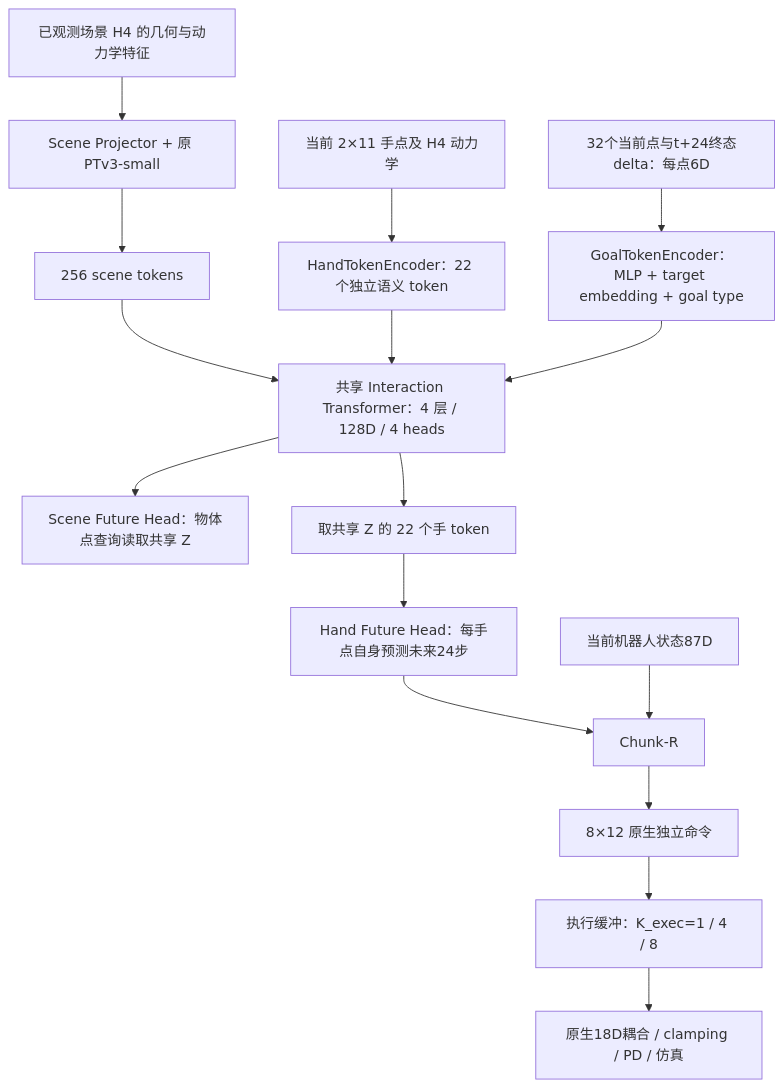
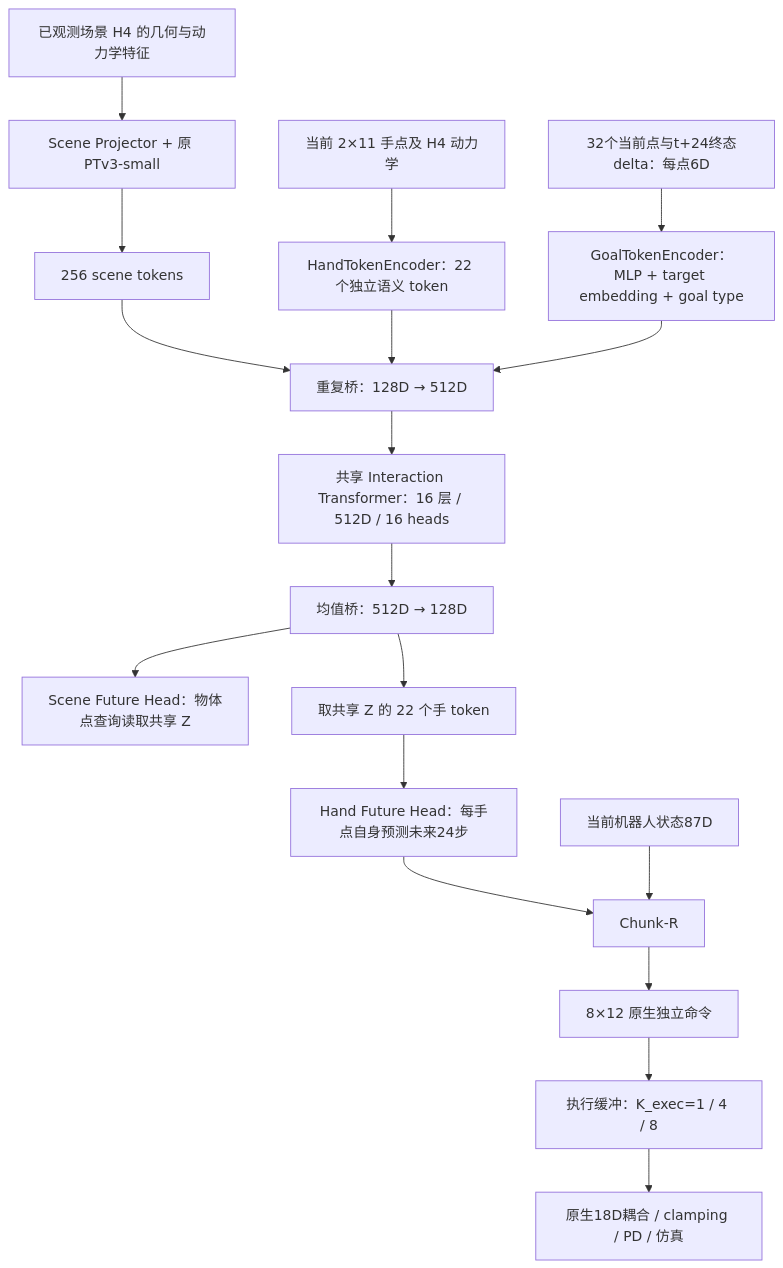
The diagram in src/task/ptv3-shared-wam/docs/user/架构.md (hitsz-oyx/Ref2Dex-agent), drawn with Mermaid before and after one commit. The commit also changed other lines of this file and 15 other files, not shown here.

````diff
--- a/src/task/ptv3-shared-wam/docs/user/架构.md
+++ b/src/task/ptv3-shared-wam/docs/user/架构.md
@@ -11,18 +11,20 @@
 ```mermaid
 flowchart TD
     S[已观测场景 H4 的几何与动力学特征] --> P[Scene Projector + 原 PTv3-small]
     P --> ST[256 scene tokens]
     H[当前 2×11 手点及 H4 动力学] --> HT[HandTokenEncoder：22 个独立语义 token]
-    ST --> Z[共享 Interaction Transformer：4 层 / 128D / 4 heads]
-    HT --> Z
-    Z --> U[Scene Future Head：物体点查询读取共享 Z]
-    Z --> HG[取共享 Z 的 22 个手 token]
+    ST --> B[重复桥：128D → 512D]
+    HT --> B
+    B --> Z[共享 Interaction Transformer：16 层 / 512D / 16 heads]
+    Z --> C[均值桥：512D → 128D]
+    C --> U[Scene Future Head：物体点查询读取共享 Z]
+    C --> HG[取共享 Z 的 22 个手 token]
     G[32个当前点与t+24终态delta：每点6D] --> GT[GoalTokenEncoder：MLP + target embedding + goal type]
-    GT --> Z
+    GT --> B
     HG --> V[Hand Future Head：每手点自身预测未来24步]
     V --> R[Chunk-R]
     RS[当前机器人状态87D] --> R
     R --> A[8×12 原生独立命令]
     A --> Q[执行缓冲：K_exec=1 / 4 / 8]
     Q --> PD[原生18D耦合 / clamping / PD / 仿真]
 ```
````
